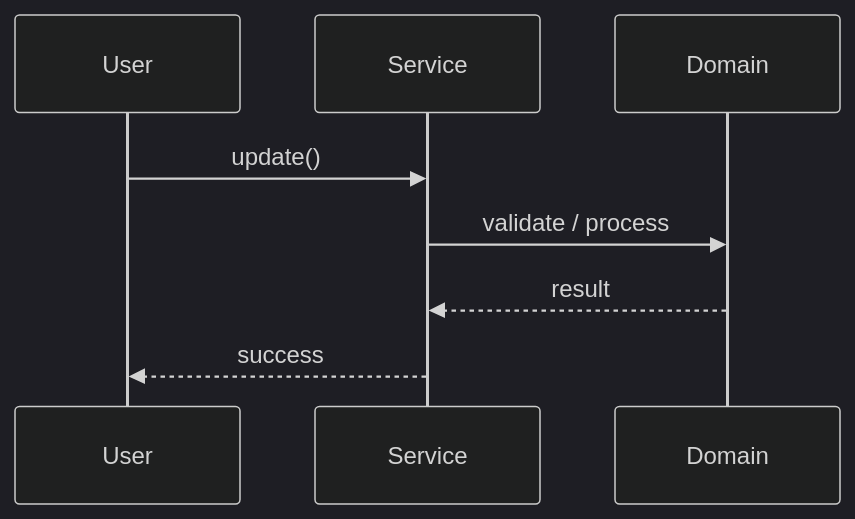
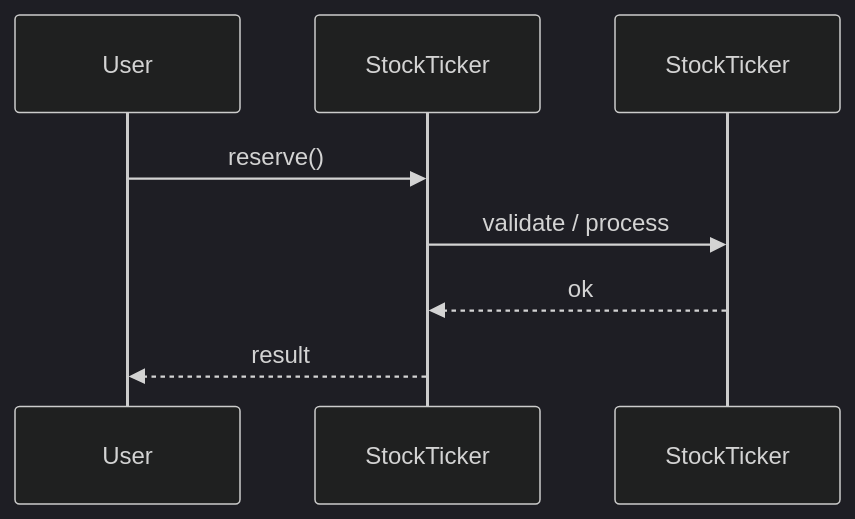
One commit to madhupaila/Interview-Prep-SSE changed the second of 3 diagrams in Learn/System Design - Low Level Design/03-design-patterns/questions/Q13-observer-stock-ticker.md. Above: the diagram before and after it, drawn with Mermaid (dark theme). The commit also changed other lines of this file and 491 other files, not shown here.

````diff
--- a/Learn/System Design - Low Level Design/03-design-patterns/questions/Q13-observer-stock-ticker.md
+++ b/Learn/System Design - Low Level Design/03-design-patterns/questions/Q13-observer-stock-ticker.md
@@ -120,10 +137,10 @@
 ```mermaid
 sequenceDiagram
-    participant U as User
-    participant S as Service
-    participant D as Domain
-    U->>S: update()
-    S->>D: validate / process
-    D-->>S: result
-    S-->>U: success
+participant U as User
+participant S as StockTicker
+participant D as StockTicker
+U->>S: reserve()
+S->>D: validate / process
+D-->>S: ok
+S-->>U: result
 ```
````
